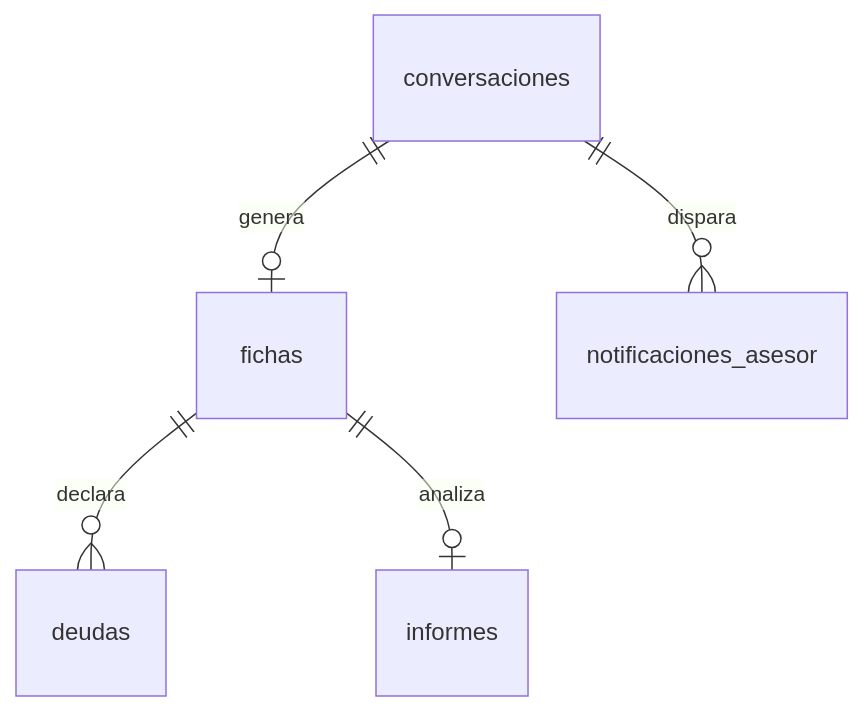
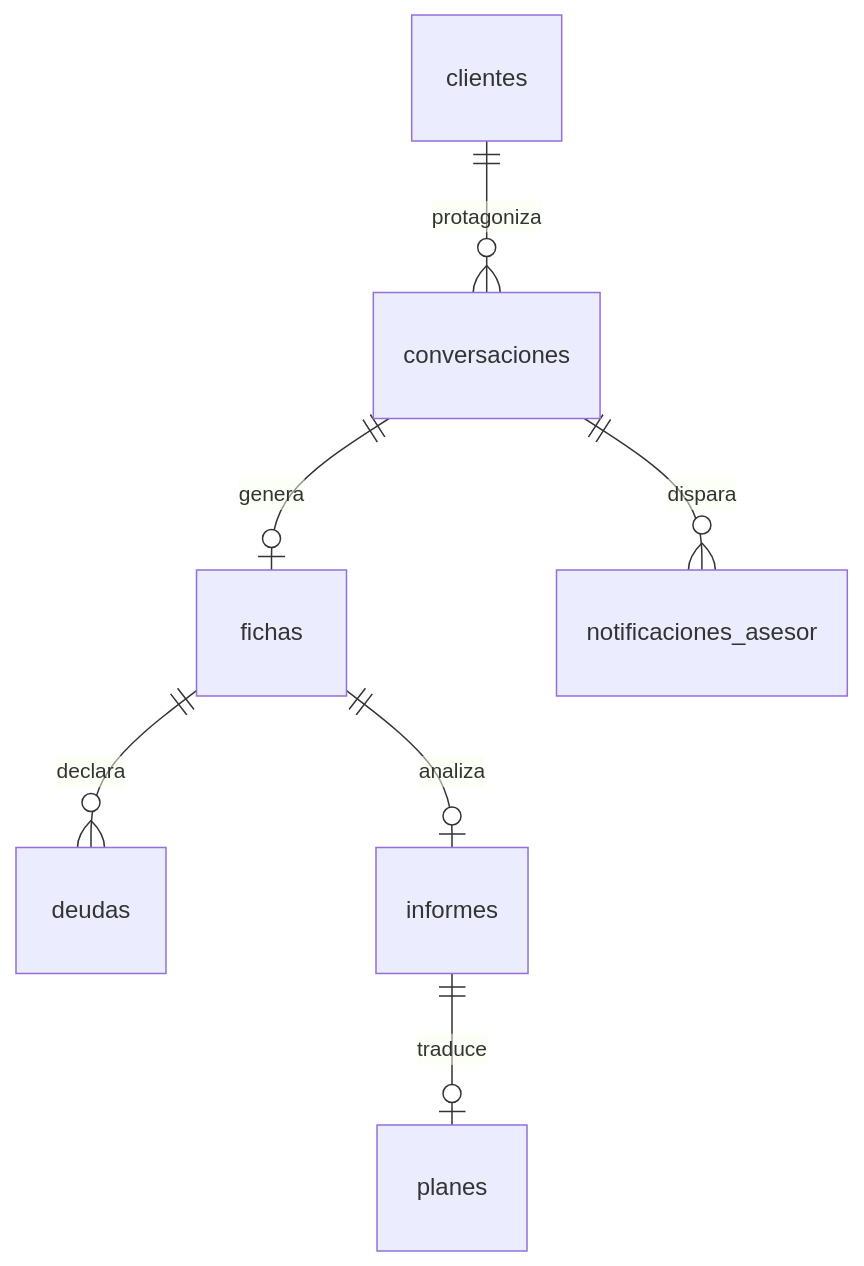
Before and after one commit to PuenteDigitalEu/financiero-clase: the diagram in docs/data-model.md, drawn with Mermaid. The commit also changed other lines of this file and 6 other files, not shown here.

````diff
--- a/docs/data-model.md
+++ b/docs/data-model.md
@@ -145,7 +203,9 @@
 ```mermaid
 erDiagram
+  clientes ||--o{ conversaciones : "protagoniza"
   conversaciones ||--o| fichas : "genera"
   fichas ||--o{ deudas : "declara"
   fichas ||--o| informes : "analiza"
+  informes ||--o| planes : "traduce"
   conversaciones ||--o{ notificaciones_asesor : "dispara"
 ```
````
